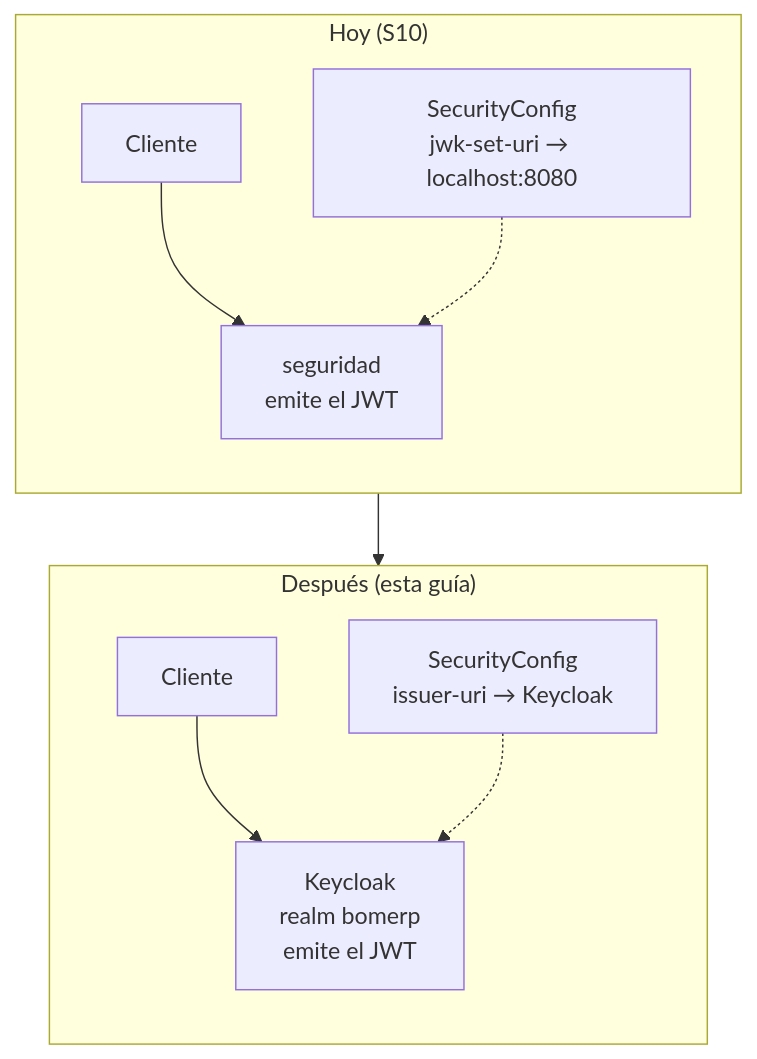
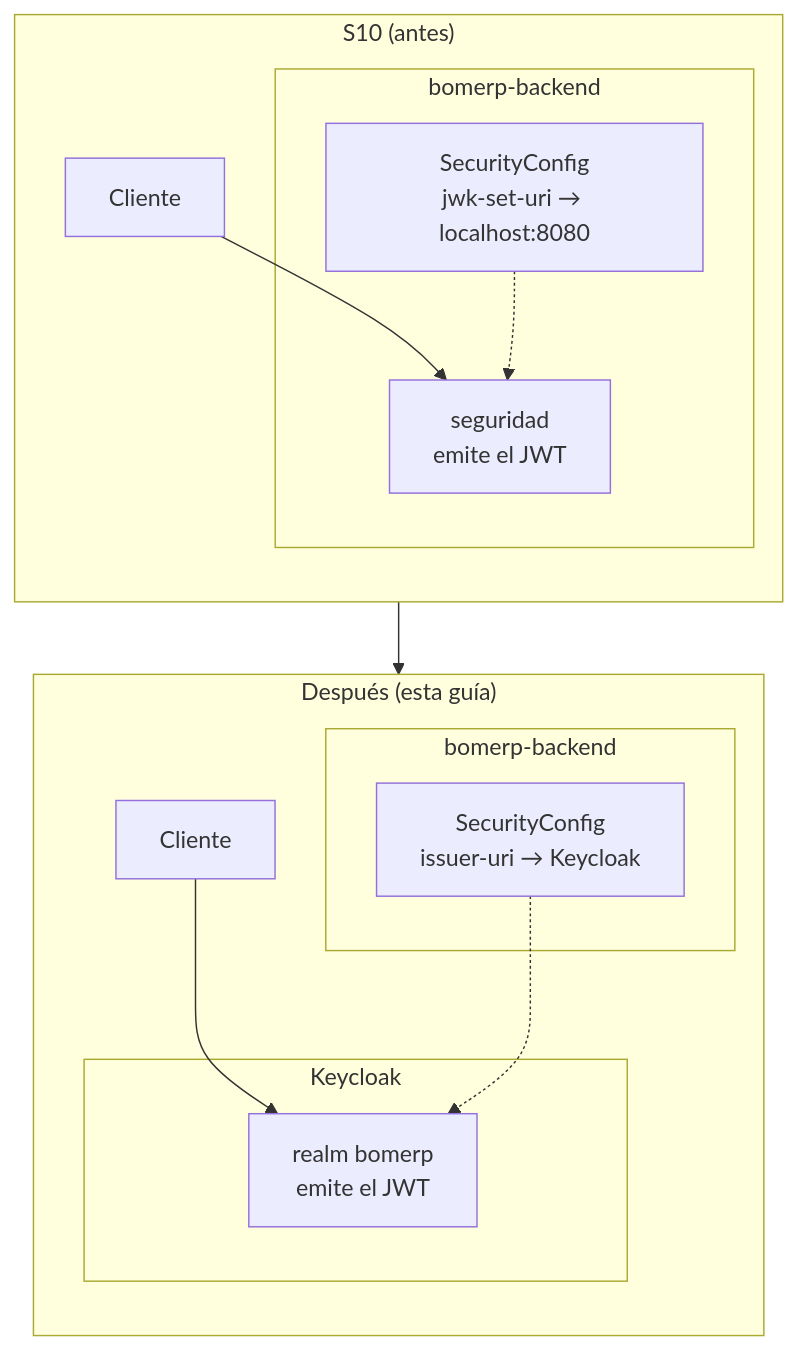
The first of 2 diagrams in docs/lp2/sesiones/S10b_Seguridad_Backend_Keycloak.md (262ciclo4/bomerp), drawn with Mermaid before and after one commit. The commit also changed other lines of this file, not shown here.

Commit message:
S10 keycloak

````diff
--- a/docs/lp2/sesiones/S10b_Seguridad_Backend_Keycloak.md
+++ b/docs/lp2/sesiones/S10b_Seguridad_Backend_Keycloak.md
@@ -64,22 +64,28 @@
 ```mermaid
 flowchart TB
-    subgraph Antes["Hoy (S10)"]
+    subgraph Antes["S10 (antes)"]
         direction TB
         ClienteA["Cliente"]
-        AuthA["seguridad<br/>emite el JWT"]
-        SCA["SecurityConfig<br/>jwk-set-uri → localhost:8080"]
+        subgraph BackendA["bomerp-backend"]
+            AuthA["seguridad<br/>emite el JWT"]
+            SCA["SecurityConfig<br/>jwk-set-uri → localhost:8080"]
+        end
         ClienteA --> AuthA
         SCA -.-> AuthA
     end
 
     subgraph Despues["Después (esta guía)"]
         direction TB
         ClienteD["Cliente"]
-        KC["Keycloak<br/>realm bomerp<br/>emite el JWT"]
-        SCD["SecurityConfig<br/>issuer-uri → Keycloak"]
+        subgraph BackendD["bomerp-backend"]
+            SCD["SecurityConfig<br/>issuer-uri → Keycloak"]
+        end
+        subgraph KeycloakD["Keycloak"]
+            KC["realm bomerp<br/>emite el JWT"]
+        end
         ClienteD --> KC
         SCD -.-> KC
     end
 
     Antes --> Despues
 ```
````
